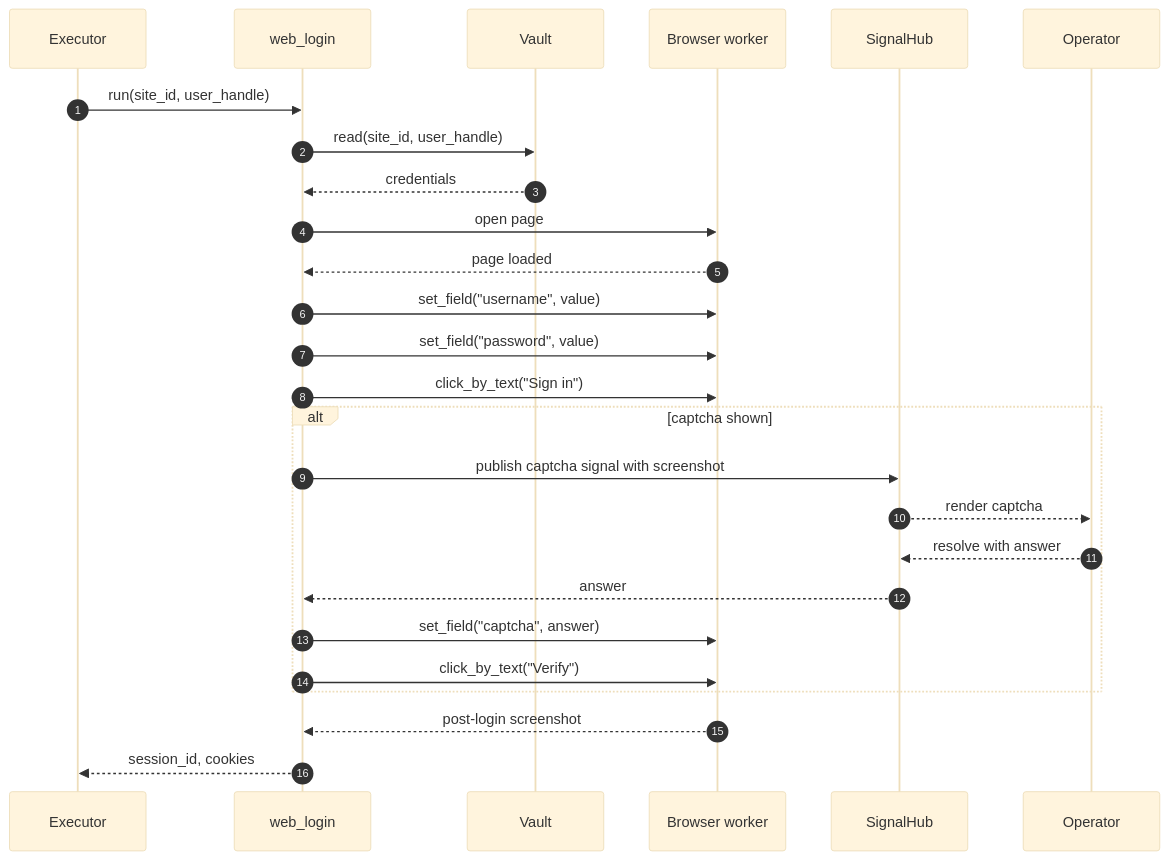
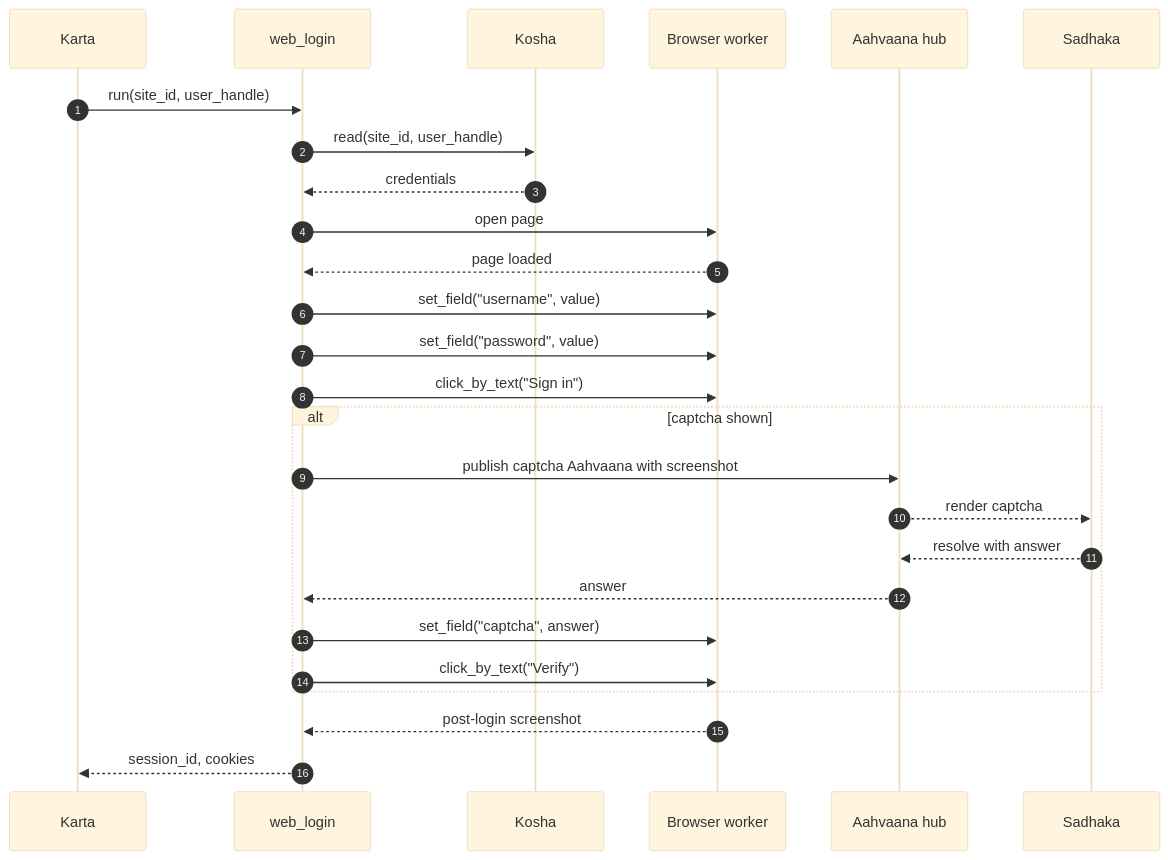
The sixth of 12 diagrams in documentation/src/02-LLD.md (so-weak/Aakaar), drawn with Mermaid (base theme) before and after one commit. The commit also changed other lines of this file and 56 other files, not shown here.

````diff
--- a/documentation/src/02-LLD.md
+++ b/documentation/src/02-LLD.md
@@ -218,29 +217,29 @@
 ```mermaid
 sequenceDiagram
   autonumber
-  participant E as Executor
+  participant E as Karta
   participant W as web_login
-  participant V as Vault
+  participant V as Kosha
   participant B as Browser worker
-  participant H as SignalHub
-  participant U as Operator
+  participant H as Aahvaana hub
+  participant U as Sadhaka
 
   E->>W: run(site_id, user_handle)
   W->>V: read(site_id, user_handle)
   V-->>W: credentials
   W->>B: open page
   B-->>W: page loaded
   W->>B: set_field("username", value)
   W->>B: set_field("password", value)
   W->>B: click_by_text("Sign in")
   alt captcha shown
-    W->>H: publish captcha signal with screenshot
+    W->>H: publish captcha Aahvaana with screenshot
     H-->>U: render captcha
     U-->>H: resolve with answer
     H-->>W: answer
     W->>B: set_field("captcha", answer)
     W->>B: click_by_text("Verify")
   end
   B-->>W: post-login screenshot
   W-->>E: session_id, cookies
 ```
````
